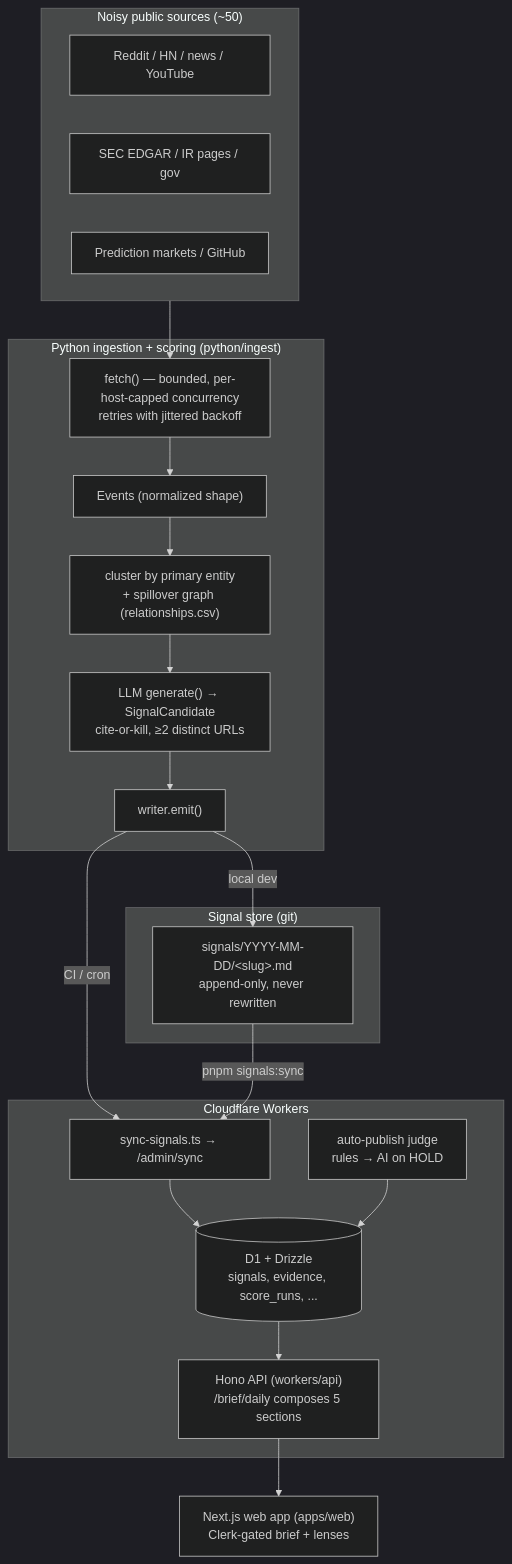
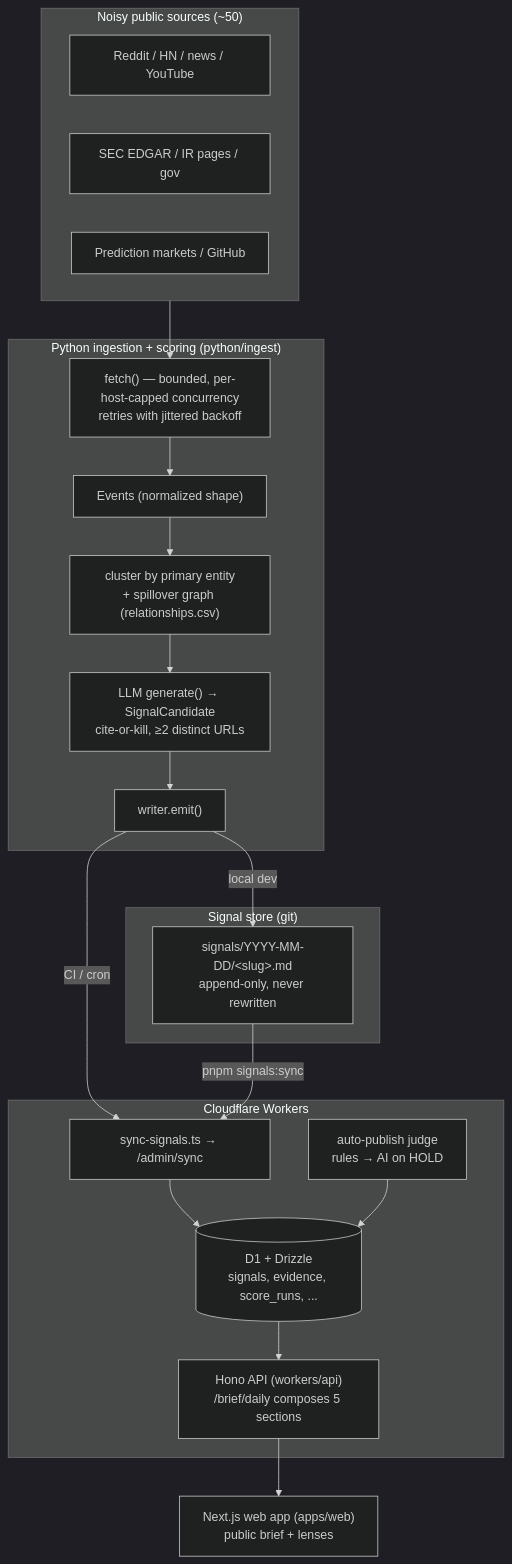
One commit to High-Signal-App/high-signal changed the diagram in docs/architecture/how-it-works.md. Above: the diagram before and after it, drawn with Mermaid (dark theme). The commit also changed other lines of this file and 127 other files, not shown here.

````diff
--- a/docs/architecture/how-it-works.md
+++ b/docs/architecture/how-it-works.md
@@ -31,37 +31,37 @@
 ```mermaid
 flowchart TD
     subgraph SRC["Noisy public sources (~50)"]
         S1["Reddit / HN / news / YouTube"]
         S2["SEC EDGAR / IR pages / gov"]
         S3["Prediction markets / GitHub"]
     end
 
     subgraph PY["Python ingestion + scoring (python/ingest)"]
         F["fetch() — bounded, per-host-capped concurrency<br/>retries with jittered backoff"]
         E["Events (normalized shape)"]
         C["cluster by primary entity<br/>+ spillover graph (relationships.csv)"]
         G["LLM generate() → SignalCandidate<br/>cite-or-kill, ≥2 distinct URLs"]
         W["writer.emit()"]
     end
 
     subgraph STORE["Signal store (git)"]
         MD["signals/YYYY-MM-DD/&lt;slug&gt;.md<br/>append-only, never rewritten"]
     end
 
     subgraph CF["Cloudflare Workers"]
         SYNC["sync-signals.ts → /admin/sync"]
         D1[("D1 + Drizzle<br/>signals, evidence, score_runs, ...")]
         JUDGE["auto-publish judge<br/>rules → AI on HOLD"]
         API["Hono API (workers/api)<br/>/brief/daily composes 5 sections"]
     end
 
-    WEB["Next.js web app (apps/web)<br/>Clerk-gated brief + lenses"]
+    WEB["Next.js web app (apps/web)<br/>public brief + lenses"]
 
     SRC --> F --> E --> C --> G --> W
     W -->|local dev| MD
     W -->|CI / cron| SYNC
     MD -->|pnpm signals:sync| SYNC
     SYNC --> D1
     JUDGE --> D1
     D1 --> API --> WEB
 ```
````
